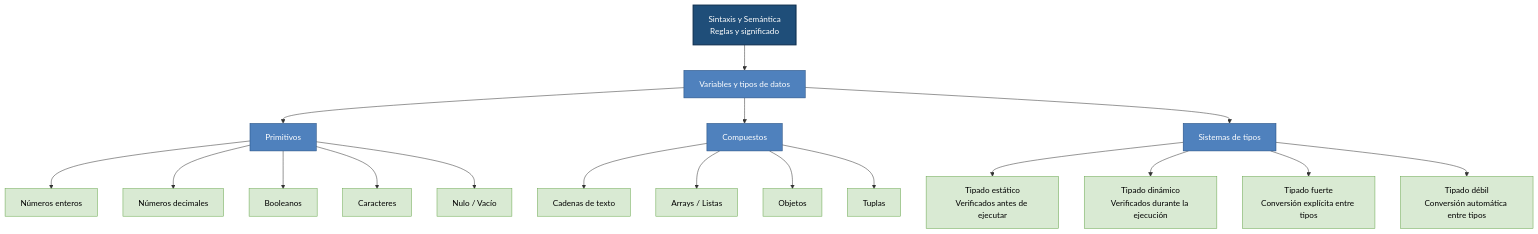
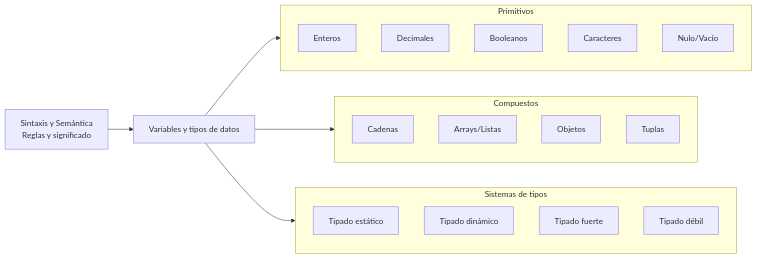
The diagram in Knowledge Base/Fundamentos Esenciales/2. Fundamentos de Programación.md (JhalexR/learning-journey), drawn with Mermaid before and after one commit.

Commit message:
Update 2. Fundamentos de Programación.md
change format

````diff
--- a/Knowledge Base/Fundamentos Esenciales/2. Fundamentos de Programación.md
+++ b/Knowledge Base/Fundamentos Esenciales/2. Fundamentos de Programación.md
@@ -3,49 +3,35 @@
 ```mermaid
-flowchart TD
-    A["Sintaxis y Semántica<br/>Reglas y significado"]
+flowchart LR
 
-    A --> B["Variables y tipos de datos"]
+A["Sintaxis y Semántica<br/>Reglas y significado"]
+A --> B["Variables y tipos de datos"]
 
-    %% ==========================
-    %% Tipos de datos
-    %% ==========================
-    B --> C["Primitivos"]
-    B --> D["Compuestos"]
-    B --> E["Sistemas de tipos"]
+B --> P
+B --> C
+B --> S
 
-    %% ==========================
-    %% Primitivos
-    %% ==========================
-    C --> C1["Números enteros"]
-    C --> C2["Números decimales"]
-    C --> C3["Booleanos"]
-    C --> C4["Caracteres"]
-    C --> C5["Nulo / Vacío"]
+subgraph P["Primitivos"]
+direction TB
+P1["Enteros"]
+P2["Decimales"]
+P3["Booleanos"]
+P4["Caracteres"]
+P5["Nulo/Vacío"]
+end
 
-    %% ==========================
-    %% Compuestos
-    %% ==========================
-    D --> D1["Cadenas de texto"]
-    D --> D2["Arrays / Listas"]
-    D --> D3["Objetos"]
-    D --> D4["Tuplas"]
+subgraph C["Compuestos"]
+direction TB
+C1["Cadenas"]
+C2["Arrays/Listas"]
+C3["Objetos"]
+C4["Tuplas"]
+end
 
-    %% ==========================
-    %% Sistemas de tipos
-    %% ==========================
-    E --> E1["Tipado estático<br/>Verificados antes de ejecutar"]
-    E --> E2["Tipado dinámico<br/>Verificados durante la ejecución"]
-    E --> E3["Tipado fuerte<br/>Conversión explícita entre tipos"]
-    E --> E4["Tipado débil<br/>Conversión automática entre tipos"]
-
-    %% ==========================
-    %% Colores
-    %% ==========================
-    classDef principal fill:#1f4e79,color:#fff,stroke:#0b2c4d,stroke-width:2px;
-    classDef categoria fill:#4F81BD,color:#fff,stroke:#1F497D;
-    classDef hoja fill:#D9EAD3,color:#000,stroke:#6AA84F;
-
-    class A principal;
-    class B,C,D,E categoria;
-    class C1,C2,C3,C4,C5,D1,D2,D3,D4,E1,E2,E3,E4 hoja;
+subgraph S["Sistemas de tipos"]
+direction TB
+S1["Tipado estático"]
+S2["Tipado dinámico"]
+S3["Tipado fuerte"]
+S4["Tipado débil"]
+end
 ```
````
